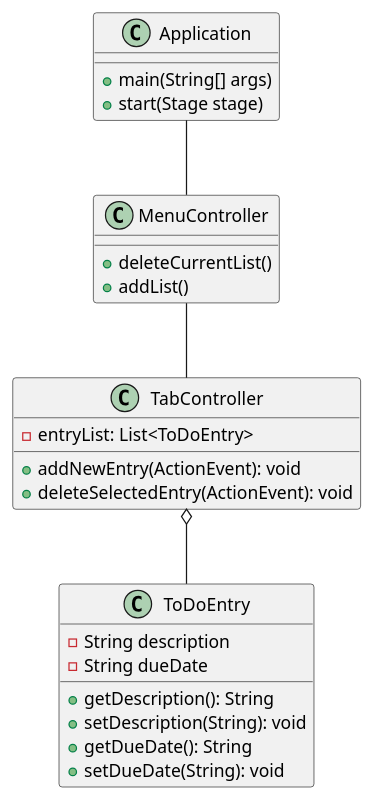
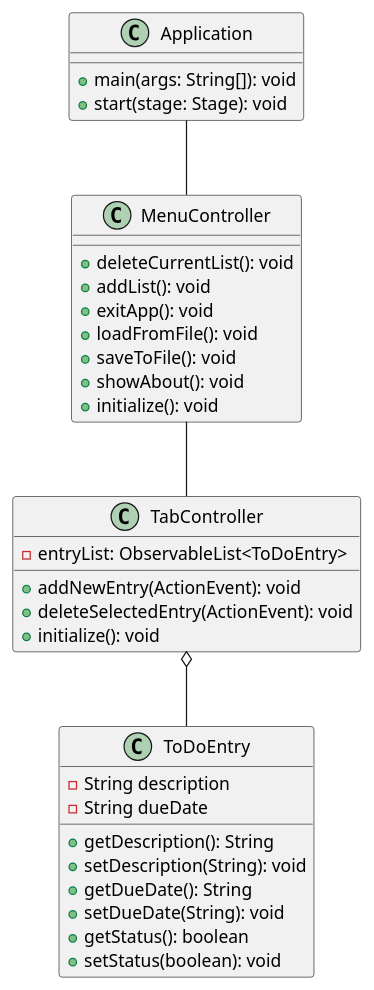
Before and after one commit to tom-pluto/Wallsmith-app1-design: the diagram in docs/UMLDiagram.puml, drawn with PlantUML. The commit also changed 5 other files, not shown here.

```diff
--- a/docs/UMLDiagram.puml
+++ b/docs/UMLDiagram.puml
@@ -1,75 +1,83 @@
 @startuml
 'https://plantuml.com/class-diagram
 
 class ToDoEntry {
 ' a specific entry that shows up in the to-do lists
 
 - String description
 - String dueDate
 
 + getDescription(): String
 + setDescription(String): void
 + getDueDate(): String
 + setDueDate(String): void
++ getStatus(): boolean
++ setStatus(boolean): void
 
 }
 
 ' originally planned to use a ToDoList to manage a list, but I think I'll just
 ' do this at runtime (see below)
 'class ToDoList {
 '' the to-do list
 '
 '- String title
 '- List<ToDoEntry> entries
 '
 '+ getTitle(): String
 '+ setTitle(String): String
 '
 '+ getEntry(int): ToDoEntry
 '+ setEntry(int, ToDoEntry): void
 '+ removeEntry(int): void
 '
 '+ getList(): List<ToDoEntry>
 '
 '}
 
 'might implement this ToDoManger class later if it feels
 'necessary
 'class ToDoManager {
 '
 '   - int numToDoList
 '   - List<ToDoList> list
 '
 '   + addToDoList(String): void
 '   + removeToDoList(int): void
 '   + getToDoLists(): List<ToDoList>
 '
 '}
 
 class MenuController {
 
-    + deleteCurrentList()
-    + addList()
+    + deleteCurrentList(): void
+    + addList(): void
+    + exitApp(): void
+    + loadFromFile(): void
+    + saveToFile(): void
+    + showAbout(): void
+    + initialize(): void
 
 }
 
 class Application {
 
-    + main(String[] args)
-    + start(Stage stage)
+    + main(args: String[]): void
+    + start(stage: Stage): void
 
 }
 
 class TabController {
 
-    - entryList: List<ToDoEntry>
+    - entryList: ObservableList<ToDoEntry>
 
     + addNewEntry(ActionEvent): void
     + deleteSelectedEntry(ActionEvent): void
+    + initialize(): void
 
 }
 
 Application -- MenuController
 MenuController -- TabController
 TabController o-- ToDoEntry
 @enduml
```
